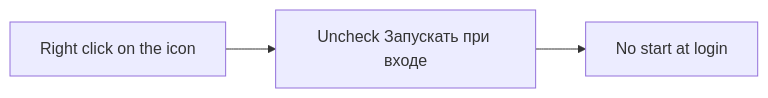
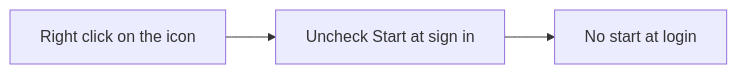
The tenth of 11 diagrams in docs/user-flows.md (workbench-soft/langflip), drawn with Mermaid before and after one commit. The commit also changed other lines of this file and 21 other files, not shown here.

````diff
--- a/docs/user-flows.md
+++ b/docs/user-flows.md
@@ -144,4 +144,4 @@
 ```mermaid
 flowchart LR
-    A[Right click on the icon] --> B[Uncheck Запускать при входе] --> C[No start at login]
+    A[Right click on the icon] --> B[Uncheck Start at sign in] --> C[No start at login]
 ```
````
